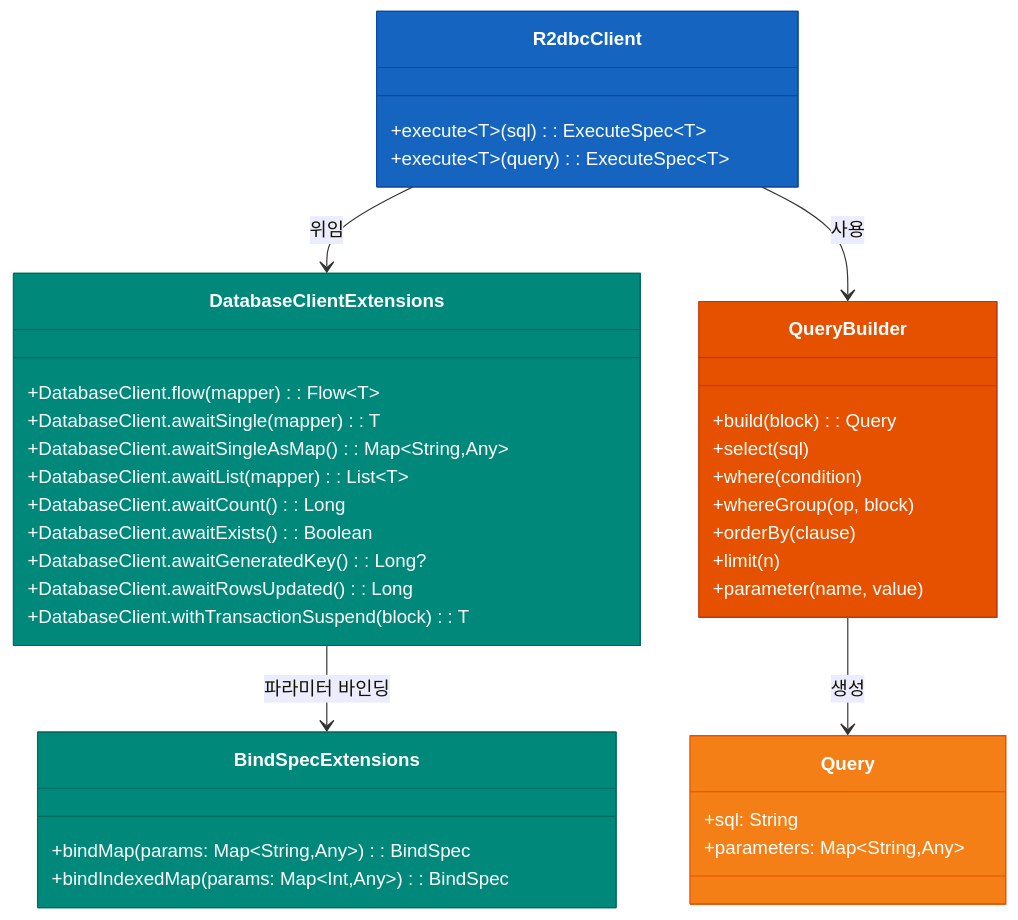
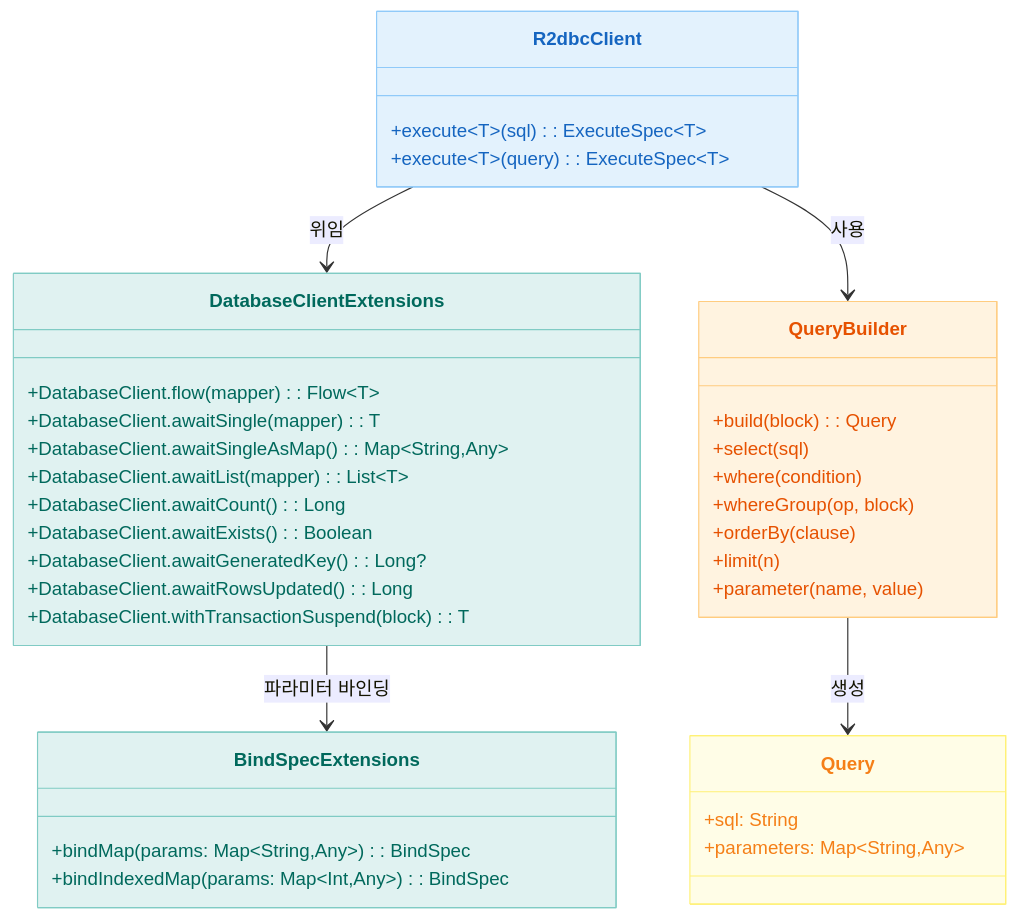
One commit to bluetape4k/bluetape4k-projects changed the second of 4 diagrams in data/r2dbc/README.ko.md. Above: the diagram before and after it, drawn with Mermaid. The commit also changed other lines of this file and 219 other files, not shown here.

First line of the commit message:
docs: 전체 README Mermaid 다이어그램 가이드 적용

````diff
--- a/data/r2dbc/README.ko.md
+++ b/data/r2dbc/README.ko.md
@@ -314,46 +314,46 @@
 ```mermaid
 classDiagram
     class DatabaseClientExtensions {
         +DatabaseClient.flow(mapper): Flow~T~
         +DatabaseClient.awaitSingle(mapper): T
         +DatabaseClient.awaitSingleAsMap(): Map~String,Any~
         +DatabaseClient.awaitList(mapper): List~T~
         +DatabaseClient.awaitCount(): Long
         +DatabaseClient.awaitExists(): Boolean
         +DatabaseClient.awaitGeneratedKey(): Long?
         +DatabaseClient.awaitRowsUpdated(): Long
         +DatabaseClient.withTransactionSuspend(block): T
     }
     class BindSpecExtensions {
         +bindMap(params: Map~String,Any~): BindSpec
         +bindIndexedMap(params: Map~Int,Any~): BindSpec
     }
     class QueryBuilder {
         +build(block): Query
         +select(sql)
         +where(condition)
         +whereGroup(op, block)
         +orderBy(clause)
         +limit(n)
         +parameter(name, value)
     }
     class Query {
         +sql: String
         +parameters: Map~String,Any~
     }
     class R2dbcClient {
         +execute~T~(sql): ExecuteSpec~T~
         +execute~T~(query): ExecuteSpec~T~
     }
 
     DatabaseClientExtensions --> BindSpecExtensions : 파라미터 바인딩
     QueryBuilder --> Query : 생성
     R2dbcClient --> DatabaseClientExtensions : 위임
     R2dbcClient --> QueryBuilder : 사용
 
-    style DatabaseClientExtensions fill:#00897B,stroke:#00695C,color:#FFFFFF
-    style BindSpecExtensions fill:#00897B,stroke:#00695C,color:#FFFFFF
-    style QueryBuilder fill:#E65100,stroke:#BF360C,color:#FFFFFF
-    style Query fill:#F57F17,stroke:#E65100,color:#FFFFFF
-    style R2dbcClient fill:#1565C0,stroke:#0D47A1,color:#FFFFFF
+    style DatabaseClientExtensions fill:#E0F2F1,stroke:#80CBC4,color:#00695C
+    style BindSpecExtensions fill:#E0F2F1,stroke:#80CBC4,color:#00695C
+    style QueryBuilder fill:#FFF3E0,stroke:#FFCC80,color:#E65100
+    style Query fill:#FFFDE7,stroke:#FFF176,color:#F57F17
+    style R2dbcClient fill:#E3F2FD,stroke:#90CAF9,color:#1565C0
 ```
````
